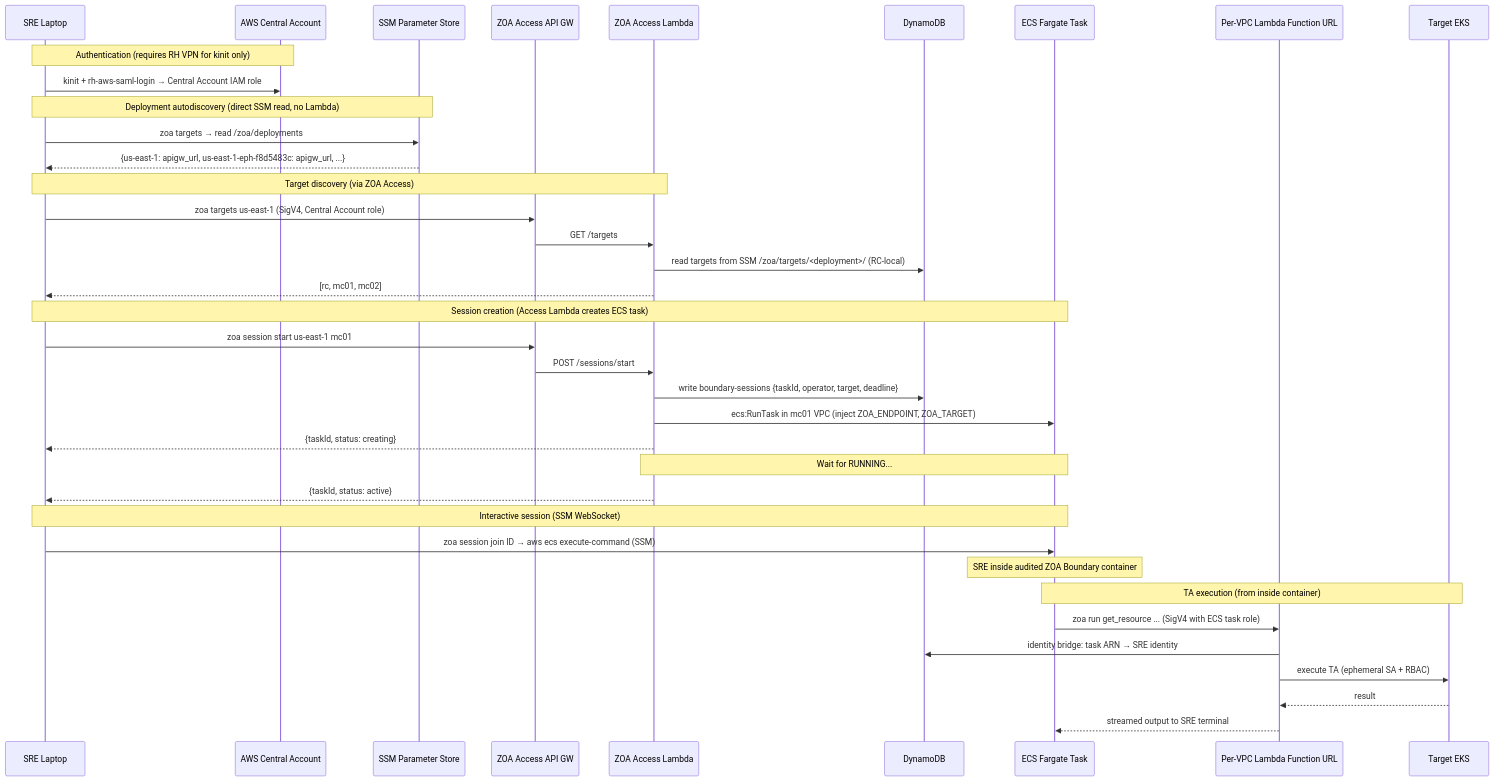
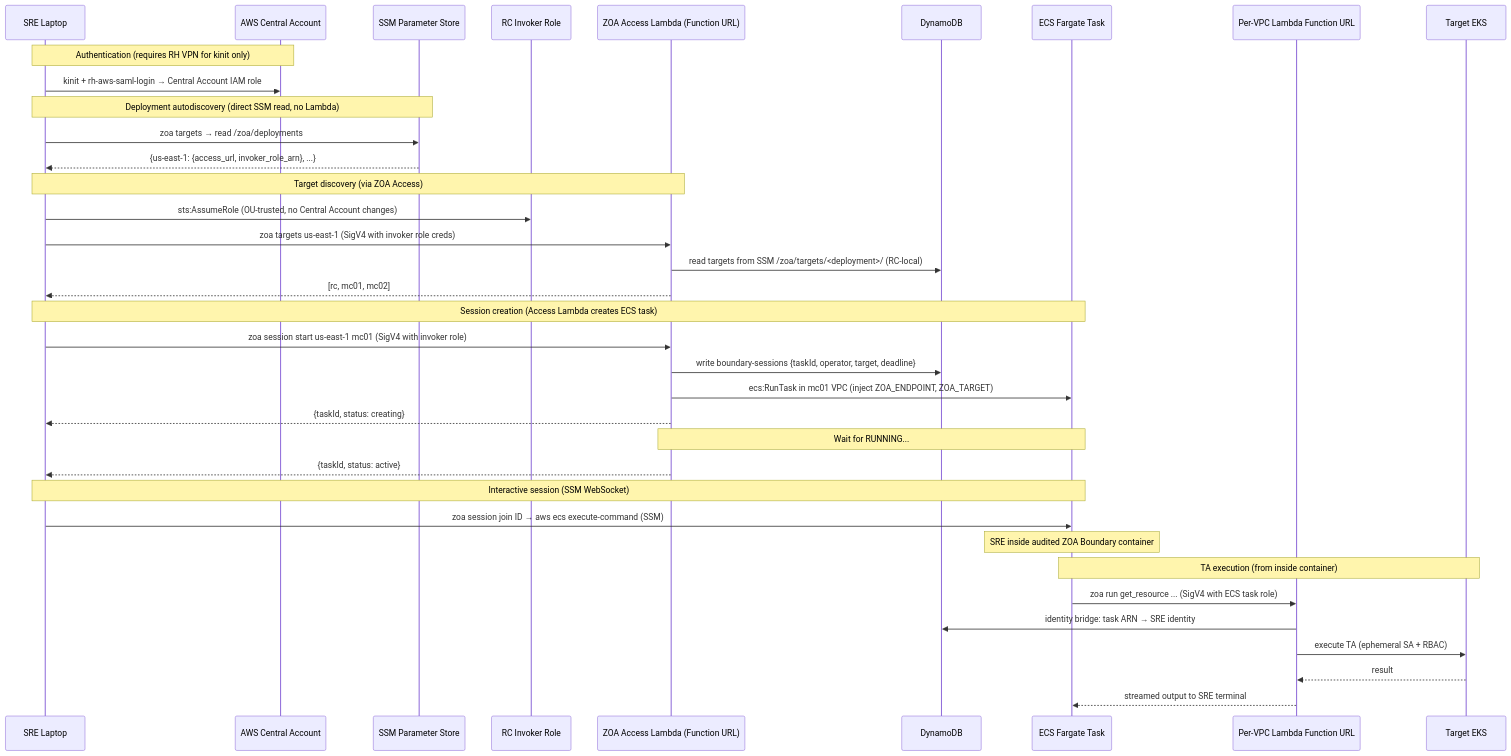
The first of 7 diagrams in docs/design/zoa-boundary-epic-plan.md (slopezz/rosa-hyperfleet-zoa), drawn with Mermaid before and after one commit. The commit also changed other lines of this file, not shown here.

First line of the commit message:
docs(boundary): update plan — replace APIGW with Function URL + invoker role

````diff
--- a/docs/design/zoa-boundary-epic-plan.md
+++ b/docs/design/zoa-boundary-epic-plan.md
@@ -25,45 +25,44 @@
 ```mermaid
 sequenceDiagram
     participant SRE as SRE Laptop
     participant JA as AWS Central Account
     participant PS as SSM Parameter Store
-    participant AGW as ZOA Access API GW
-    participant AL as ZOA Access Lambda
+    participant IR as RC Invoker Role
+    participant AL as ZOA Access Lambda (Function URL)
     participant DDB as DynamoDB
     participant ECS as ECS Fargate Task
     participant FU as Per-VPC Lambda Function URL
     participant EKS as Target EKS
 
     Note over SRE,JA: Authentication (requires RH VPN for kinit only)
     SRE->>JA: kinit + rh-aws-saml-login → Central Account IAM role
 
     Note over SRE,PS: Deployment autodiscovery (direct SSM read, no Lambda)
     SRE->>PS: zoa targets → read /zoa/deployments
-    PS-->>SRE: {us-east-1: apigw_url, us-east-1-eph-f8d5483c: apigw_url, ...}
+    PS-->>SRE: {us-east-1: {access_url, invoker_role_arn}, ...}
 
     Note over SRE,AL: Target discovery (via ZOA Access)
-    SRE->>AGW: zoa targets us-east-1 (SigV4, Central Account role)
-    AGW->>AL: GET /targets
+    SRE->>IR: sts:AssumeRole (OU-trusted, no Central Account changes)
+    SRE->>AL: zoa targets us-east-1 (SigV4 with invoker role creds)
     AL->>DDB: read targets from SSM /zoa/targets/<deployment>/ (RC-local)
     AL-->>SRE: [rc, mc01, mc02]
 
     Note over SRE,ECS: Session creation (Access Lambda creates ECS task)
-    SRE->>AGW: zoa session start us-east-1 mc01
-    AGW->>AL: POST /sessions/start
+    SRE->>AL: zoa session start us-east-1 mc01 (SigV4 with invoker role)
     AL->>DDB: write boundary-sessions {taskId, operator, target, deadline}
     AL->>ECS: ecs:RunTask in mc01 VPC (inject ZOA_ENDPOINT, ZOA_TARGET)
     AL-->>SRE: {taskId, status: creating}
     Note over AL,ECS: Wait for RUNNING...
     AL-->>SRE: {taskId, status: active}
 
     Note over SRE,ECS: Interactive session (SSM WebSocket)
     SRE->>ECS: zoa session join ID → aws ecs execute-command (SSM)
     Note over ECS: SRE inside audited ZOA Boundary container
 
     Note over ECS,EKS: TA execution (from inside container)
     ECS->>FU: zoa run get_resource ... (SigV4 with ECS task role)
     FU->>DDB: identity bridge: task ARN → SRE identity
     FU->>EKS: execute TA (ephemeral SA + RBAC)
     EKS-->>FU: result
     FU-->>ECS: streamed output to SRE terminal
 ```
````
